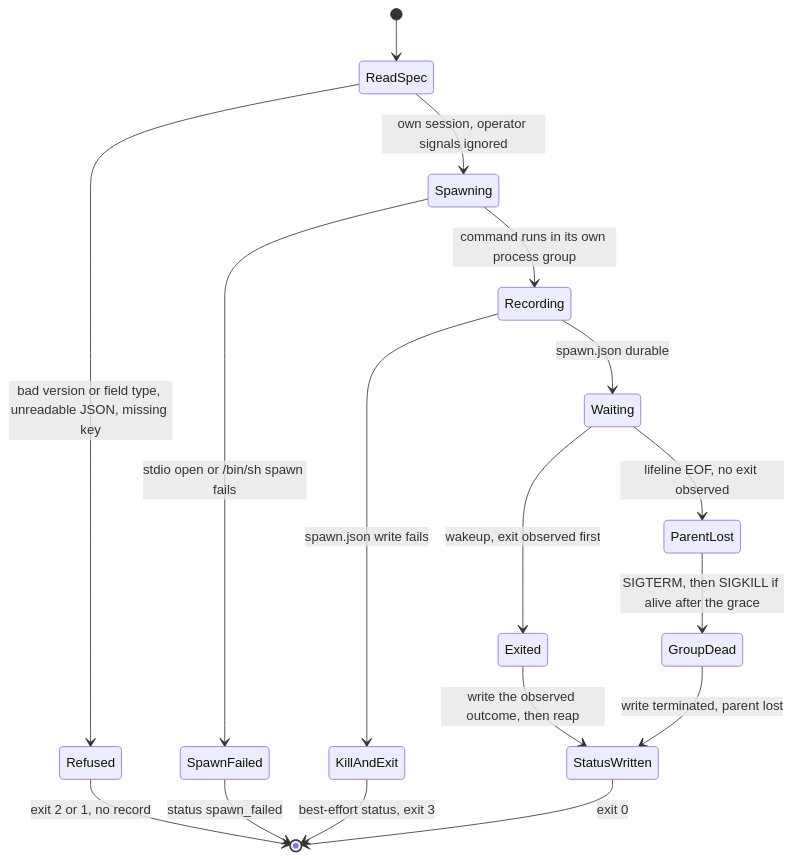
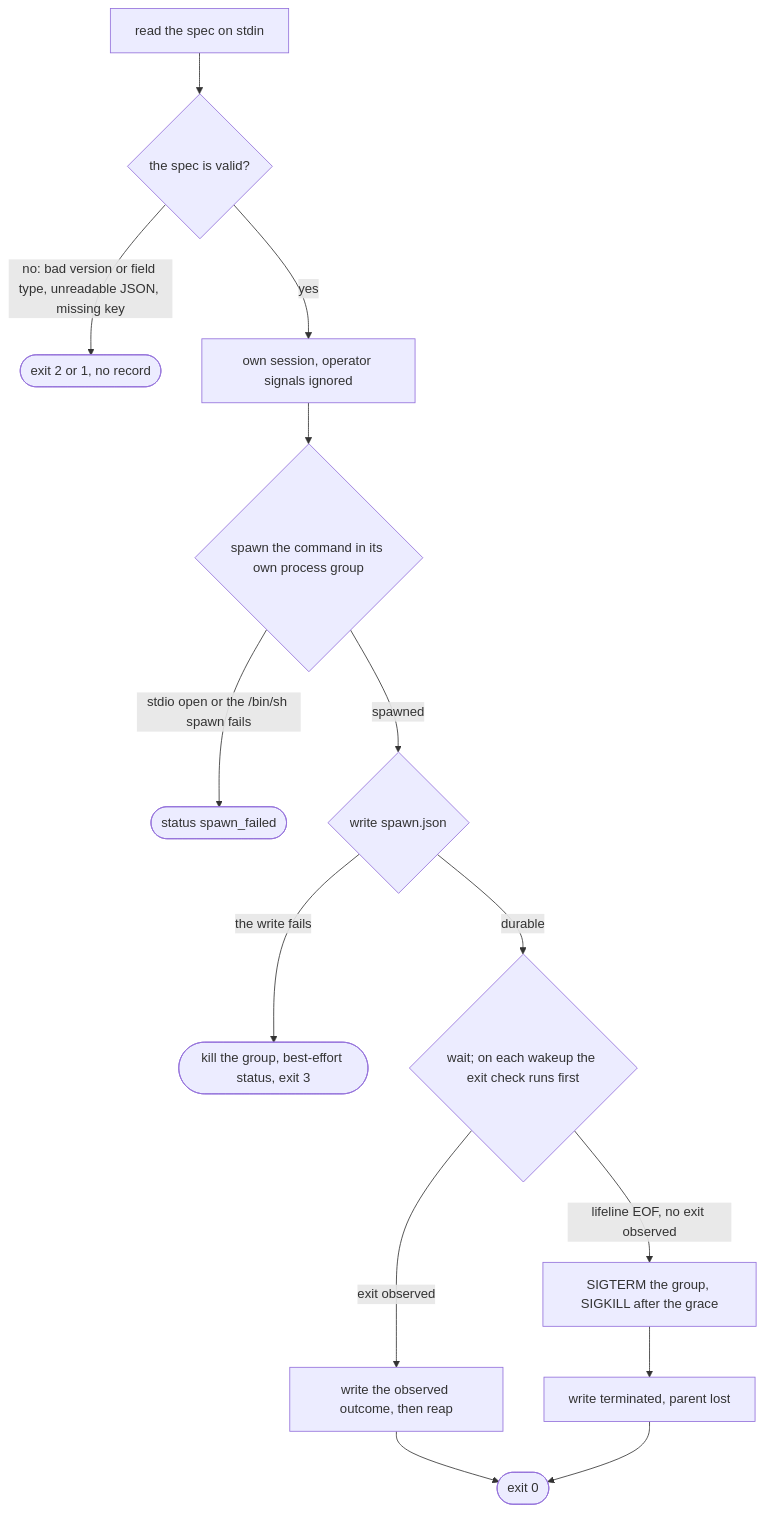
One commit to mrbald/dsl41 changed the diagram in docs/blocks/wrapper.md. Above: the diagram before and after it, drawn with Mermaid. The commit also changed other lines of this file and 19 other files, not shown here.

Commit message:
DL-302: block cards link the generated state machines; a state diagram appears only where a declared machine backs it

````diff
--- a/docs/blocks/wrapper.md
+++ b/docs/blocks/wrapper.md
@@ -27,19 +30,16 @@
 ```mermaid
-stateDiagram-v2
-    [*] --> ReadSpec
-    ReadSpec --> Refused: bad version or field type, unreadable JSON, missing key
-    Refused --> [*]: exit 2 or 1, no record
-    ReadSpec --> Spawning: own session, operator signals ignored
-    Spawning --> SpawnFailed: stdio open or /bin/sh spawn fails
-    SpawnFailed --> [*]: status spawn_failed
-    Spawning --> Recording: command runs in its own process group
-    Recording --> KillAndExit: spawn.json write fails
-    KillAndExit --> [*]: best-effort status, exit 3
-    Recording --> Waiting: spawn.json durable
-    Waiting --> Exited: wakeup, exit observed first
-    Waiting --> ParentLost: lifeline EOF, no exit observed
-    ParentLost --> GroupDead: SIGTERM, then SIGKILL if alive after the grace
-    Exited --> StatusWritten: write the observed outcome, then reap
-    GroupDead --> StatusWritten: write terminated, parent lost
-    StatusWritten --> [*]: exit 0
+flowchart TD
+    read["read the spec on stdin"] --> valid{"the spec is valid?"}
+    valid -->|"no: bad version or field type, unreadable JSON, missing key"| refused(["exit 2 or 1, no record"])
+    valid -->|"yes"| session["own session, operator signals ignored"]
+    session --> spawn{"spawn the command in its own process group"}
+    spawn -->|"stdio open or the /bin/sh spawn fails"| spawnfail(["status spawn_failed"])
+    spawn -->|"spawned"| record{"write spawn.json"}
+    record -->|"the write fails"| killed(["kill the group, best-effort status, exit 3"])
+    record -->|"durable"| wait{"wait; on each wakeup the exit check runs first"}
+    wait -->|"exit observed"| exited["write the observed outcome, then reap"]
+    wait -->|"lifeline EOF, no exit observed"| lost["SIGTERM the group, SIGKILL after the grace"]
+    lost --> term["write terminated, parent lost"]
+    exited --> ok(["exit 0"])
+    term --> ok
 ```
````
